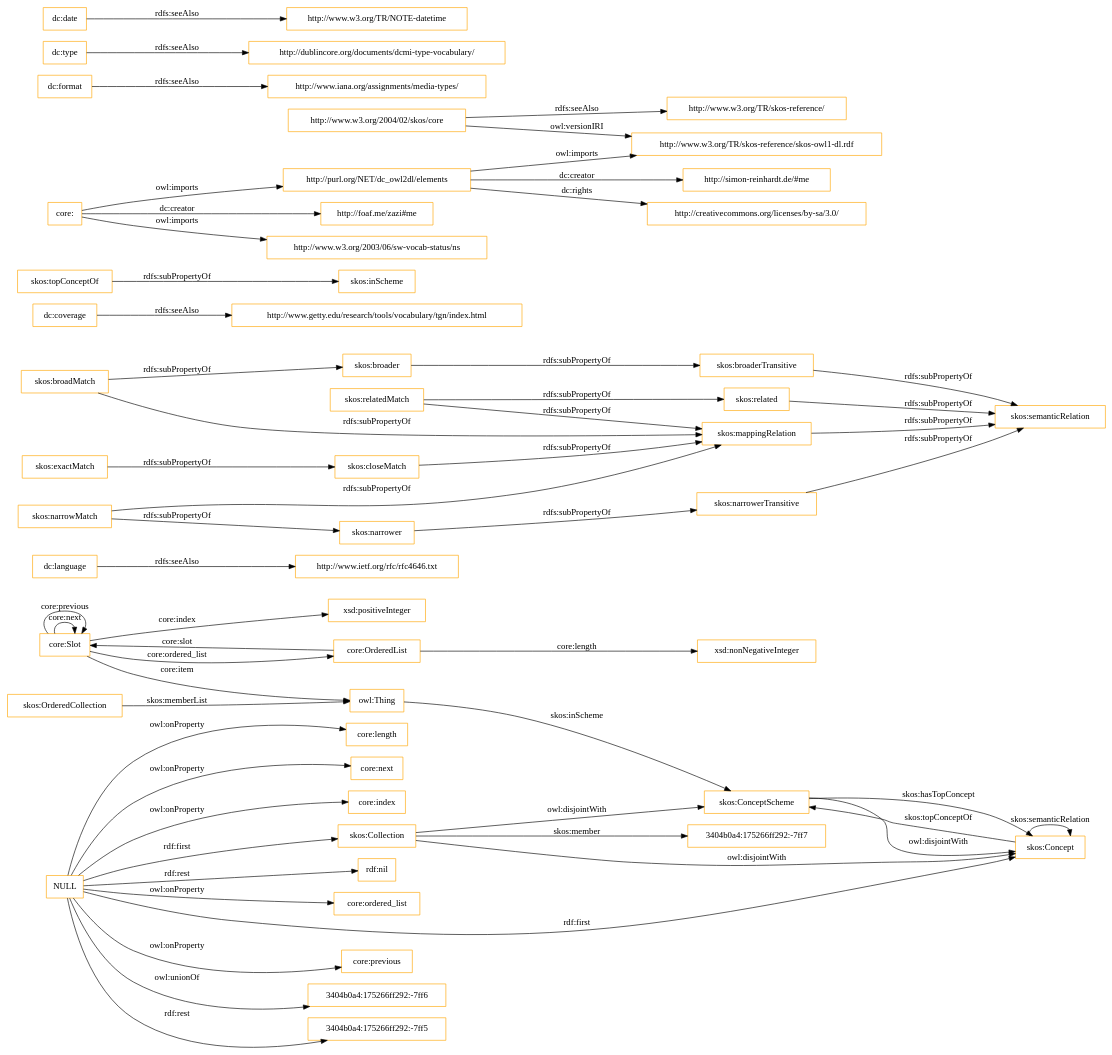
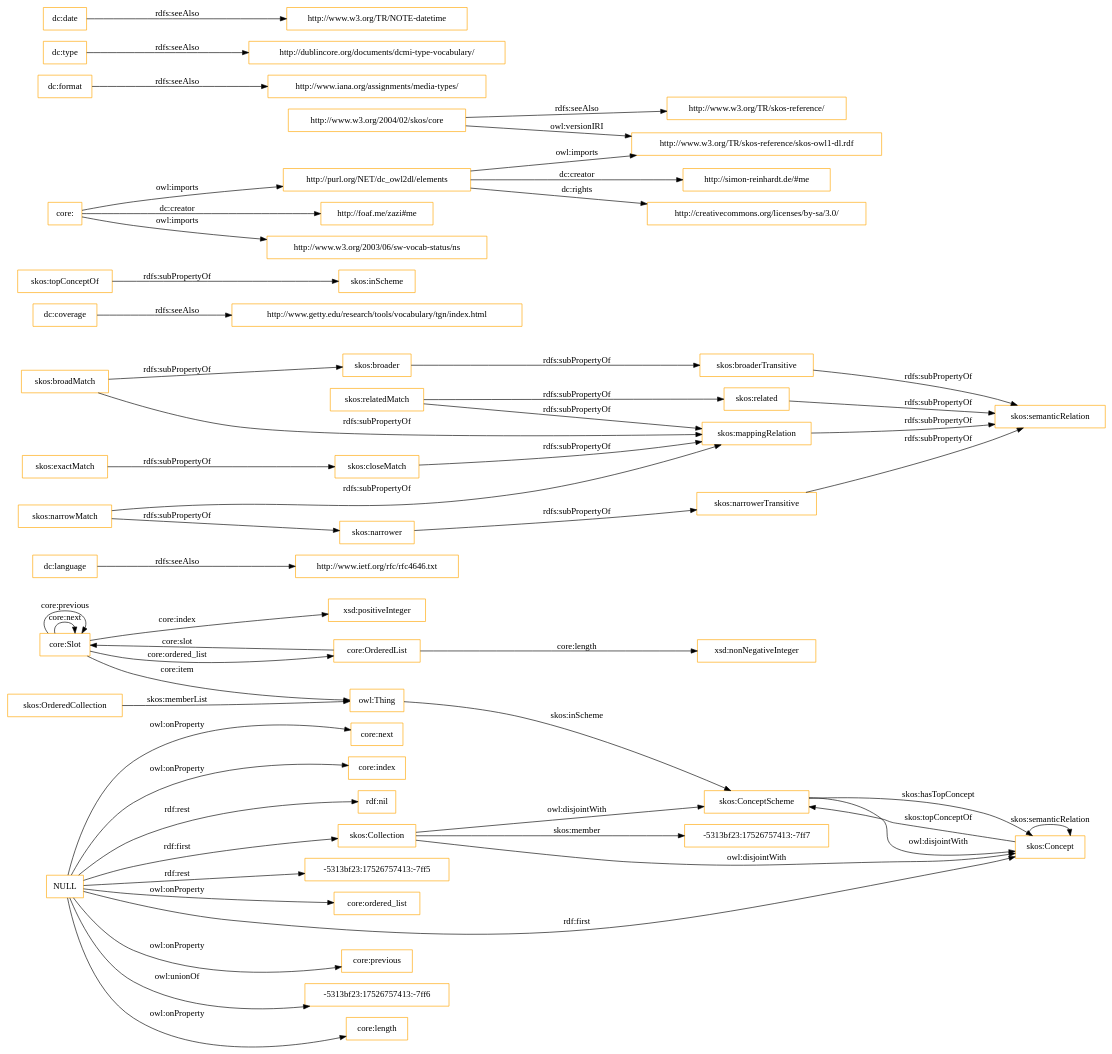
The diagram in OnToology/imports/core.owl/diagrams/ar2dtool-class/core.owl.png.dot (OnToologyUser/core-ontology-1), drawn with Graphviz before and after one commit. The commit also changed 14 other files, not shown here.

```diff
--- a/OnToology/imports/core.owl/diagrams/ar2dtool-class/core.owl.png.dot
+++ b/OnToology/imports/core.owl/diagrams/ar2dtool-class/core.owl.png.dot
@@ -1,60 +1,60 @@
 digraph ar2dtool_diagram { 
 rankdir=LR;
 size="1501"
-node [shape = rectangle, color="orange"]; "core:Slot" "core:OrderedList" "3404b0a4:175266ff292:-7ff7" "skos:OrderedCollection" "skos:Collection" "skos:ConceptScheme" "skos:Concept" ; /*classes style*/
+node [shape = rectangle, color="orange"]; "core:Slot" "core:OrderedList" "-5313bf23:17526757413:-7ff7" "skos:OrderedCollection" "skos:Collection" "skos:ConceptScheme" "skos:Concept" ; /*classes style*/
 	"dc:language" -> "http://www.ietf.org/rfc/rfc4646.txt" [ label = "rdfs:seeAlso" ];
 	"NULL" -> "core:previous" [ label = "owl:onProperty" ];
-	"NULL" -> "3404b0a4:175266ff292:-7ff6" [ label = "owl:unionOf" ];
-	"NULL" -> "3404b0a4:175266ff292:-7ff5" [ label = "rdf:rest" ];
+	"NULL" -> "-5313bf23:17526757413:-7ff6" [ label = "owl:unionOf" ];
 	"NULL" -> "core:length" [ label = "owl:onProperty" ];
 	"NULL" -> "skos:Concept" [ label = "rdf:first" ];
 	"NULL" -> "core:next" [ label = "owl:onProperty" ];
 	"NULL" -> "core:index" [ label = "owl:onProperty" ];
 	"NULL" -> "rdf:nil" [ label = "rdf:rest" ];
+	"NULL" -> "-5313bf23:17526757413:-7ff5" [ label = "rdf:rest" ];
 	"NULL" -> "core:ordered_list" [ label = "owl:onProperty" ];
 	"NULL" -> "skos:Collection" [ label = "rdf:first" ];
 	"skos:closeMatch" -> "skos:mappingRelation" [ label = "rdfs:subPropertyOf" ];
 	"dc:coverage" -> "http://www.getty.edu/research/tools/vocabulary/tgn/index.html" [ label = "rdfs:seeAlso" ];
 	"skos:relatedMatch" -> "skos:related" [ label = "rdfs:subPropertyOf" ];
 	"skos:relatedMatch" -> "skos:mappingRelation" [ label = "rdfs:subPropertyOf" ];
 	"skos:ConceptScheme" -> "skos:Concept" [ label = "owl:disjointWith" ];
 	"skos:related" -> "skos:semanticRelation" [ label = "rdfs:subPropertyOf" ];
 	"skos:topConceptOf" -> "skos:inScheme" [ label = "rdfs:subPropertyOf" ];
 	"skos:broadMatch" -> "skos:broader" [ label = "rdfs:subPropertyOf" ];
 	"skos:broadMatch" -> "skos:mappingRelation" [ label = "rdfs:subPropertyOf" ];
 	"http://purl.org/NET/dc_owl2dl/elements" -> "http://www.w3.org/TR/skos-reference/skos-owl1-dl.rdf" [ label = "owl:imports" ];
 	"http://purl.org/NET/dc_owl2dl/elements" -> "http://creativecommons.org/licenses/by-sa/3.0/" [ label = "dc:rights" ];
 	"http://purl.org/NET/dc_owl2dl/elements" -> "http://simon-reinhardt.de/#me" [ label = "dc:creator" ];
 	"skos:exactMatch" -> "skos:closeMatch" [ label = "rdfs:subPropertyOf" ];
 	"dc:format" -> "http://www.iana.org/assignments/media-types/" [ label = "rdfs:seeAlso" ];
 	"core:" -> "http://foaf.me/zazi#me" [ label = "dc:creator" ];
 	"core:" -> "http://www.w3.org/2003/06/sw-vocab-status/ns" [ label = "owl:imports" ];
 	"core:" -> "http://purl.org/NET/dc_owl2dl/elements" [ label = "owl:imports" ];
 	"skos:broaderTransitive" -> "skos:semanticRelation" [ label = "rdfs:subPropertyOf" ];
 	"skos:mappingRelation" -> "skos:semanticRelation" [ label = "rdfs:subPropertyOf" ];
 	"skos:broader" -> "skos:broaderTransitive" [ label = "rdfs:subPropertyOf" ];
 	"dc:type" -> "http://dublincore.org/documents/dcmi-type-vocabulary/" [ label = "rdfs:seeAlso" ];
 	"http://www.w3.org/2004/02/skos/core" -> "http://www.w3.org/TR/skos-reference/skos-owl1-dl.rdf" [ label = "owl:versionIRI" ];
 	"http://www.w3.org/2004/02/skos/core" -> "http://www.w3.org/TR/skos-reference/" [ label = "rdfs:seeAlso" ];
 	"skos:Collection" -> "skos:ConceptScheme" [ label = "owl:disjointWith" ];
 	"skos:Collection" -> "skos:Concept" [ label = "owl:disjointWith" ];
 	"skos:narrowMatch" -> "skos:narrower" [ label = "rdfs:subPropertyOf" ];
 	"skos:narrowMatch" -> "skos:mappingRelation" [ label = "rdfs:subPropertyOf" ];
 	"skos:narrower" -> "skos:narrowerTransitive" [ label = "rdfs:subPropertyOf" ];
 	"dc:date" -> "http://www.w3.org/TR/NOTE-datetime" [ label = "rdfs:seeAlso" ];
 	"skos:narrowerTransitive" -> "skos:semanticRelation" [ label = "rdfs:subPropertyOf" ];
 	"core:Slot" -> "xsd:positiveInteger" [ label = "core:index" ];
 	"skos:Concept" -> "skos:ConceptScheme" [ label = "skos:topConceptOf" ];
 	"core:Slot" -> "owl:Thing" [ label = "core:item" ];
 	"core:OrderedList" -> "xsd:nonNegativeInteger" [ label = "core:length" ];
 	"core:OrderedList" -> "core:Slot" [ label = "core:slot" ];
-	"skos:Collection" -> "3404b0a4:175266ff292:-7ff7" [ label = "skos:member" ];
+	"skos:Collection" -> "-5313bf23:17526757413:-7ff7" [ label = "skos:member" ];
 	"core:Slot" -> "core:Slot" [ label = "core:next" ];
 	"skos:ConceptScheme" -> "skos:Concept" [ label = "skos:hasTopConcept" ];
 	"owl:Thing" -> "skos:ConceptScheme" [ label = "skos:inScheme" ];
 	"core:Slot" -> "core:Slot" [ label = "core:previous" ];
 	"skos:OrderedCollection" -> "owl:Thing" [ label = "skos:memberList" ];
 	"skos:Concept" -> "skos:Concept" [ label = "skos:semanticRelation" ];
 	"core:Slot" -> "core:OrderedList" [ label = "core:ordered_list" ];
 
 }
```
